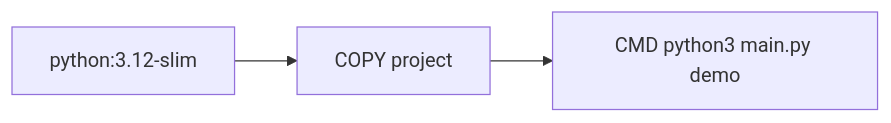
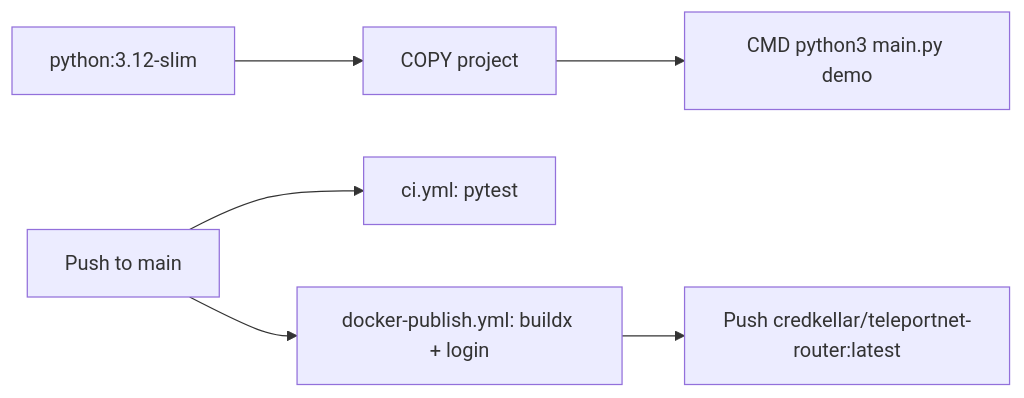
The fourth of 4 diagrams in README.md (kimanicollier44-cmyk/TeleportNet-Router), drawn with Mermaid before and after one commit. The commit also changed other lines of this file, not shown here.

````diff
--- a/README.md
+++ b/README.md
@@ -112,5 +128,8 @@
 ```mermaid
 flowchart LR
     A[python:3.12-slim] --> B[COPY project]
     B --> C[CMD python3 main.py demo]
+    D[Push to main] --> E[ci.yml: pytest]
+    D --> F[docker-publish.yml: buildx + login]
+    F --> G[Push credkellar/teleportnet-router:latest]
 ```
````
